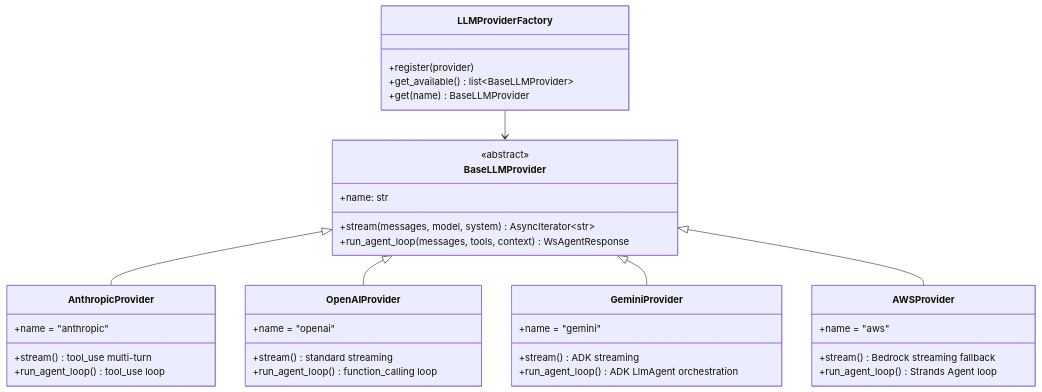
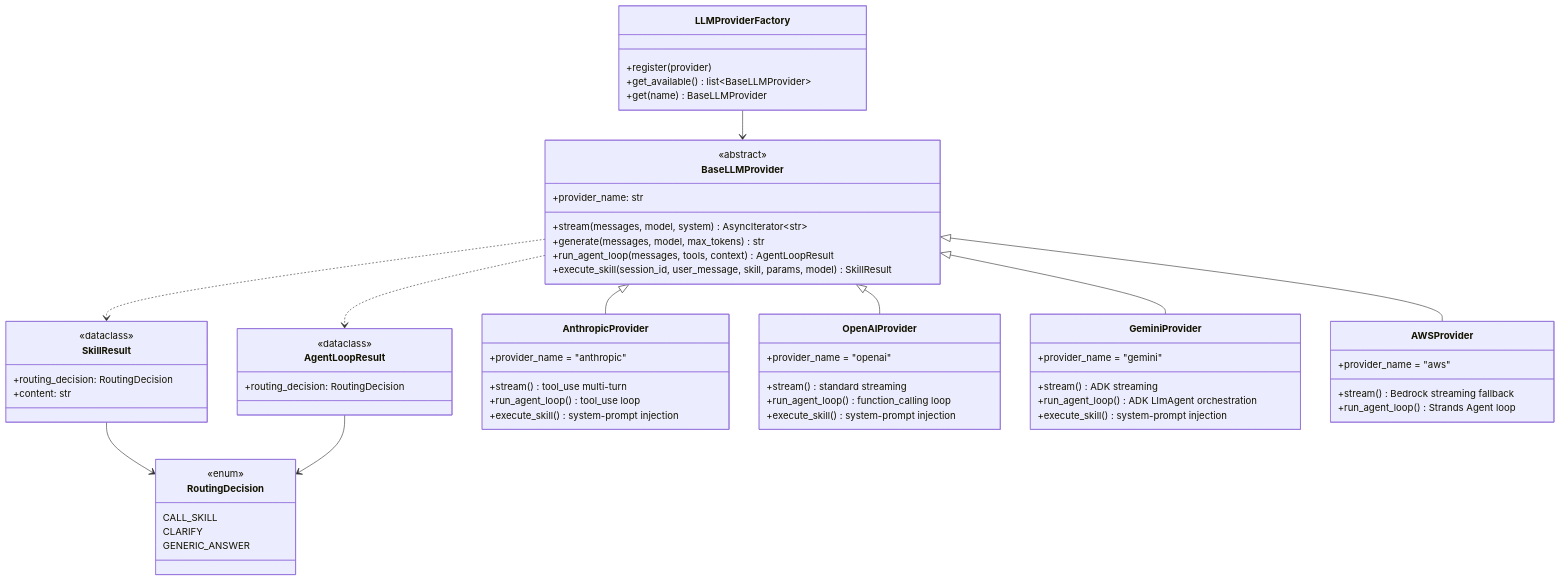
Before and after one commit to LeonardLooi/database_agent: the second of 13 diagrams in chatbot/docs/ARCHITECTURE.md, drawn with Mermaid. The commit also changed other lines of this file and 1 other file, not shown here.

````diff
--- a/chatbot/docs/ARCHITECTURE.md
+++ b/chatbot/docs/ARCHITECTURE.md
@@ -176,40 +200,64 @@
 ```mermaid
 classDiagram
     class BaseLLMProvider {
         <<abstract>>
-        +name: str
+        +provider_name: str
         +stream(messages, model, system) AsyncIterator~str~
-        +run_agent_loop(messages, tools, context) WsAgentResponse
+        +generate(messages, model, max_tokens) str
+        +run_agent_loop(messages, tools, context) AgentLoopResult
+        +execute_skill(session_id, user_message, skill, params, model) SkillResult
+    }
+    class RoutingDecision {
+        <<enum>>
+        CALL_SKILL
+        CLARIFY
+        GENERIC_ANSWER
+    }
+    class SkillResult {
+        <<dataclass>>
+        +routing_decision: RoutingDecision
+        +content: str
+    }
+    class AgentLoopResult {
+        <<dataclass>>
+        +routing_decision: RoutingDecision
     }
     class AnthropicProvider {
-        +name = "anthropic"
+        +provider_name = "anthropic"
         +stream() tool_use multi-turn
         +run_agent_loop() tool_use loop
+        +execute_skill() system-prompt injection
     }
     class OpenAIProvider {
-        +name = "openai"
+        +provider_name = "openai"
         +stream() standard streaming
         +run_agent_loop() function_calling loop
+        +execute_skill() system-prompt injection
     }
     class GeminiProvider {
-        +name = "gemini"
+        +provider_name = "gemini"
         +stream() ADK streaming
         +run_agent_loop() ADK LlmAgent orchestration
+        +execute_skill() system-prompt injection
     }
     class AWSProvider {
-        +name = "aws"
+        +provider_name = "aws"
         +stream() Bedrock streaming fallback
         +run_agent_loop() Strands Agent loop
     }
     class LLMProviderFactory {
         +register(provider)
         +get_available() list~BaseLLMProvider~
         +get(name) BaseLLMProvider
     }
 
     BaseLLMProvider <|-- AnthropicProvider
     BaseLLMProvider <|-- OpenAIProvider
     BaseLLMProvider <|-- GeminiProvider
     BaseLLMProvider <|-- AWSProvider
     LLMProviderFactory --> BaseLLMProvider
+    BaseLLMProvider ..> SkillResult
+    BaseLLMProvider ..> AgentLoopResult
+    SkillResult --> RoutingDecision
+    AgentLoopResult --> RoutingDecision
 ```
````
